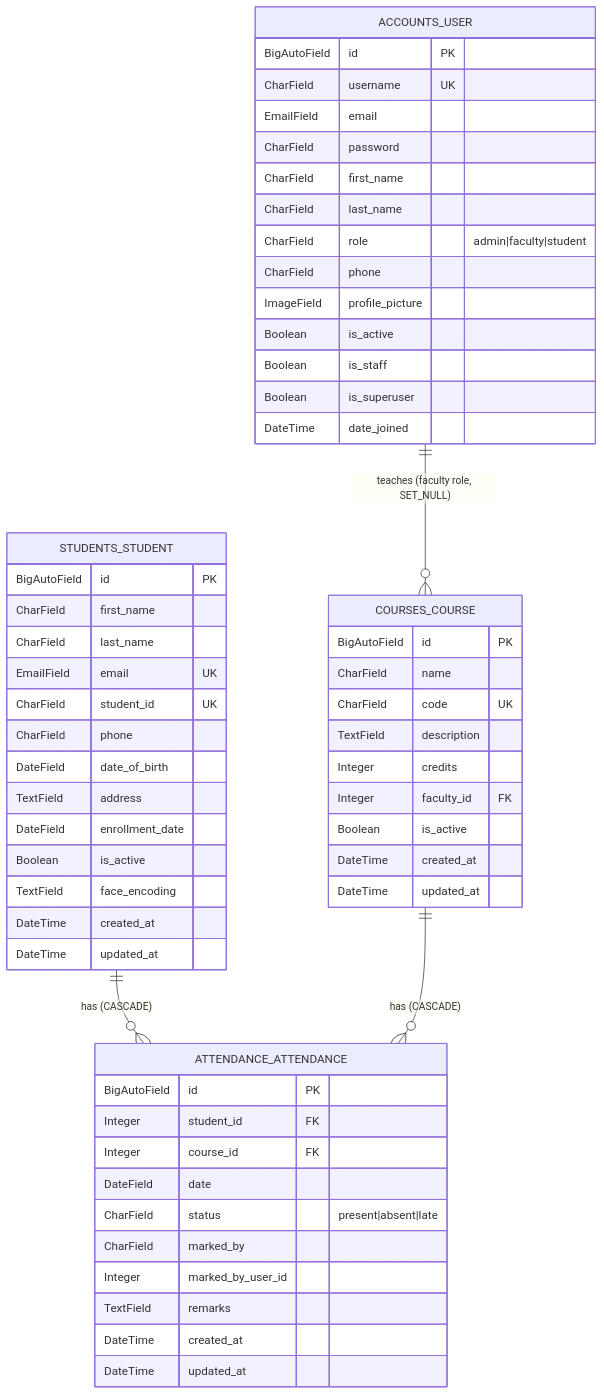
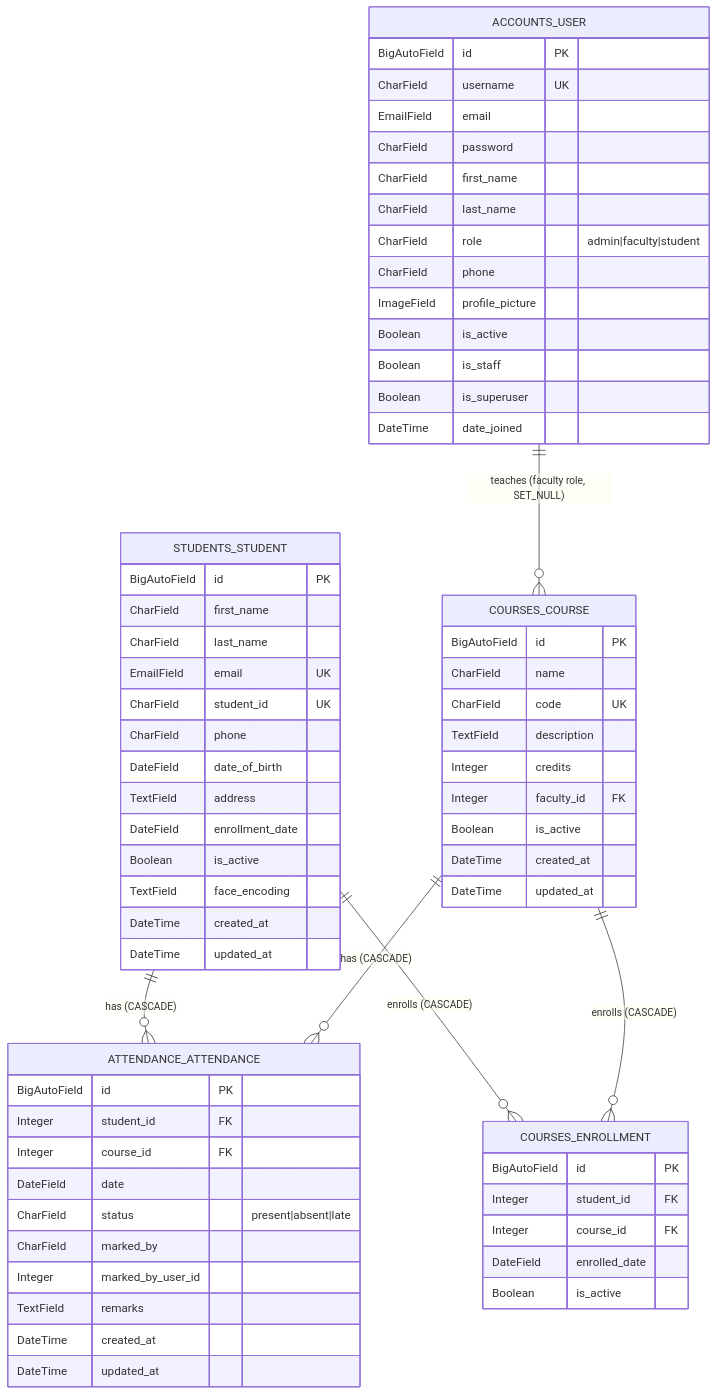
Before and after one commit to sar-kaar/attendance-management-system: the diagram in docs/er-diagram.md, drawn with Mermaid. The commit also changed other lines of this file and 17 other files, not shown here.

````diff
--- a/docs/er-diagram.md
+++ b/docs/er-diagram.md
@@ -7,63 +7,73 @@
 ```mermaid
 erDiagram
     ACCOUNTS_USER {
         BigAutoField id PK
         CharField username UK
         EmailField email
         CharField password
         CharField first_name
         CharField last_name
         CharField role "admin|faculty|student"
         CharField phone
         ImageField profile_picture
         Boolean is_active
         Boolean is_staff
         Boolean is_superuser
         DateTime date_joined
     }
 
     STUDENTS_STUDENT {
         BigAutoField id PK
         CharField first_name
         CharField last_name
         EmailField email UK
         CharField student_id UK
         CharField phone
         DateField date_of_birth
         TextField address
         DateField enrollment_date
         Boolean is_active
         TextField face_encoding
         DateTime created_at
         DateTime updated_at
     }
 
     COURSES_COURSE {
         BigAutoField id PK
         CharField name
         CharField code UK
         TextField description
         Integer credits
         Integer faculty_id FK
         Boolean is_active
         DateTime created_at
         DateTime updated_at
     }
 
     ATTENDANCE_ATTENDANCE {
         BigAutoField id PK
         Integer student_id FK
         Integer course_id FK
         DateField date
         CharField status "present|absent|late"
         CharField marked_by
         Integer marked_by_user_id
         TextField remarks
         DateTime created_at
         DateTime updated_at
     }
 
+    COURSES_ENROLLMENT {
+        BigAutoField id PK
+        Integer student_id FK
+        Integer course_id FK
+        DateField enrolled_date
+        Boolean is_active
+    }
+
     ACCOUNTS_USER ||--o{ COURSES_COURSE : "teaches (faculty role, SET_NULL)"
     STUDENTS_STUDENT ||--o{ ATTENDANCE_ATTENDANCE : "has (CASCADE)"
     COURSES_COURSE ||--o{ ATTENDANCE_ATTENDANCE : "has (CASCADE)"
+    STUDENTS_STUDENT ||--o{ COURSES_ENROLLMENT : "enrolls (CASCADE)"
+    COURSES_COURSE ||--o{ COURSES_ENROLLMENT : "enrolls (CASCADE)"
 ```
````
